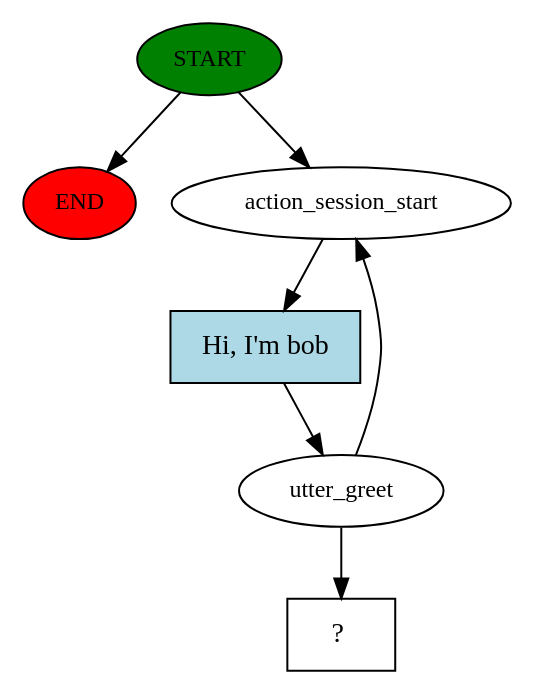
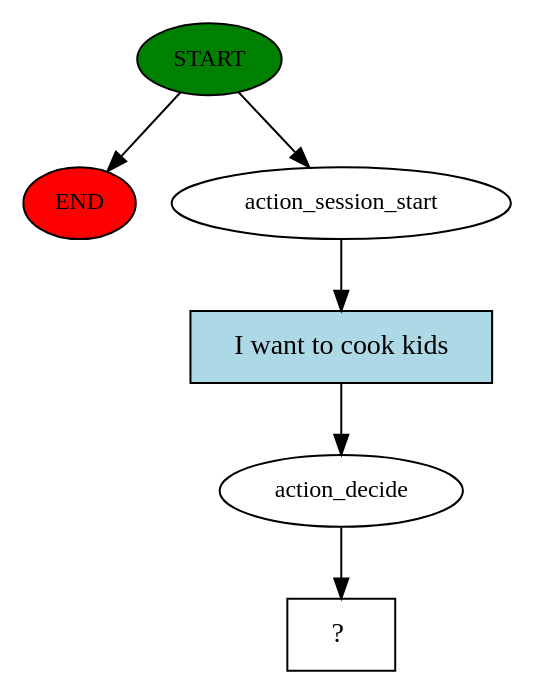
The diagram in rasa/story_graph.dot (KazeShikaru/ChatBot), drawn with Graphviz before and after one commit. The commit also changed 20 other files, not shown here.

```diff
--- a/rasa/story_graph.dot
+++ b/rasa/story_graph.dot
@@ -1,14 +1,13 @@
 digraph  {
 0 [class="start active", fillcolor=green, fontsize=12, label=START, style=filled];
 "-1" [class=end, fillcolor=red, fontsize=12, label=END, style=filled];
 1 [class=active, fontsize=12, label=action_session_start];
-2 [class=active, fontsize=12, label=utter_greet];
-5 [class="intent dashed active", label="  ?  ", shape=rect];
-6 [class="intent active", fillcolor=lightblue, label="Hi, I'm bob", shape=rect, style=filled];
+2 [class=active, fontsize=12, label=action_decide];
+3 [class="intent dashed active", label="  ?  ", shape=rect];
+4 [class="intent active", fillcolor=lightblue, label="I want to cook kids", shape=rect, style=filled];
 0 -> "-1"  [class="", key=NONE, label=""];
 0 -> 1  [class=active, key=NONE, label=""];
-1 -> 6  [class=active, key=0];
-2 -> 1  [class=active, key=NONE, label=""];
-2 -> 5  [class=active, key=NONE, label=""];
-6 -> 2  [class=active, key=0];
+1 -> 4  [class=active, key=0];
+2 -> 3  [class=active, key=NONE, label=""];
+4 -> 2  [class=active, key=0];
 }
```
